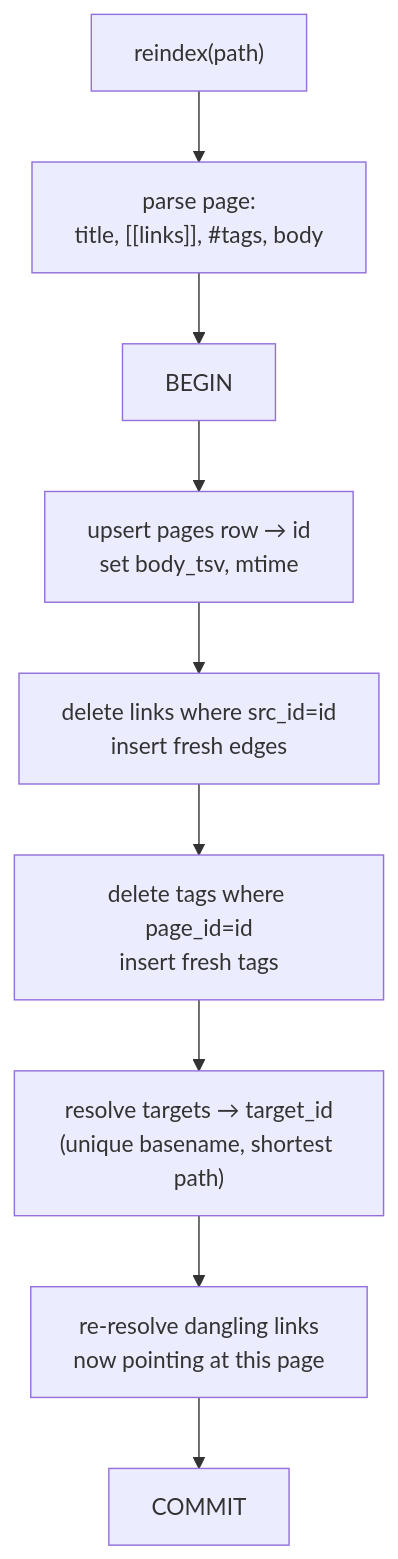
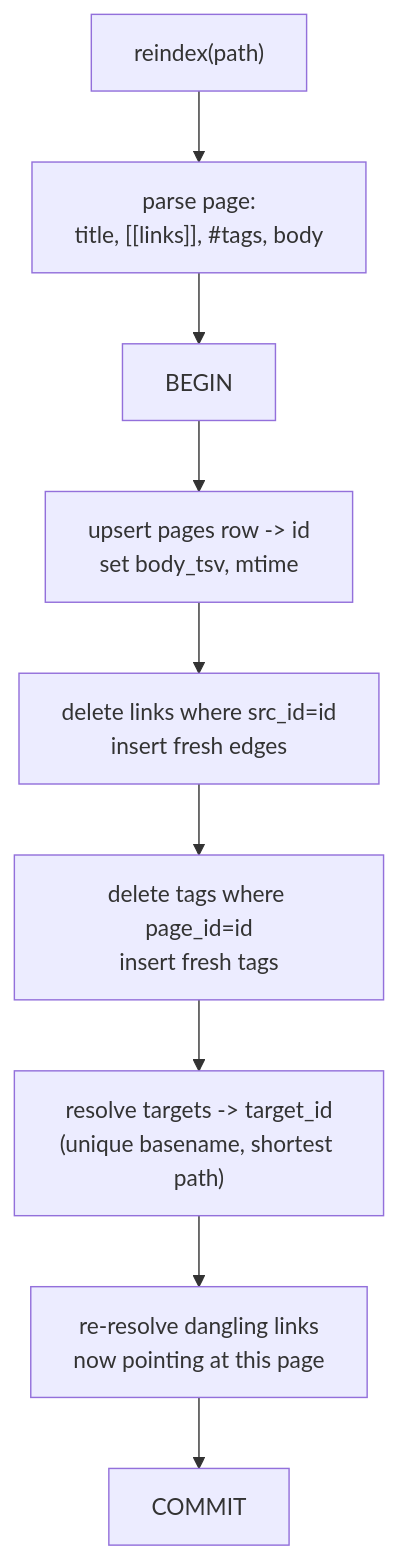
Before and after one commit to azusachino/sedum: the fourth of 7 diagrams in docs/dataflow.md, drawn with Mermaid. The commit also changed other lines of this file and 2 other files, not shown here.

Commit message:
docs: fix mermaid sequence diagram parse errors and unicode arrows

````diff
--- a/docs/dataflow.md
+++ b/docs/dataflow.md
@@ -84,11 +84,11 @@
 ```mermaid
 flowchart TD
   S["reindex(path)"] --> P["parse page:<br/>title, [[links]], #tags, body"]
   P --> BEGIN["BEGIN"]
-  BEGIN --> U["upsert pages row → id<br/>set body_tsv, mtime"]
+  BEGIN --> U["upsert pages row -> id<br/>set body_tsv, mtime"]
   U --> DL["delete links where src_id=id<br/>insert fresh edges"]
   DL --> DT["delete tags where page_id=id<br/>insert fresh tags"]
-  DT --> RES["resolve targets → target_id<br/>(unique basename, shortest path)"]
+  DT --> RES["resolve targets -> target_id<br/>(unique basename, shortest path)"]
   RES --> DAN["re-resolve dangling links<br/>now pointing at this page"]
   DAN --> COMMIT["COMMIT"]
 ```
````
